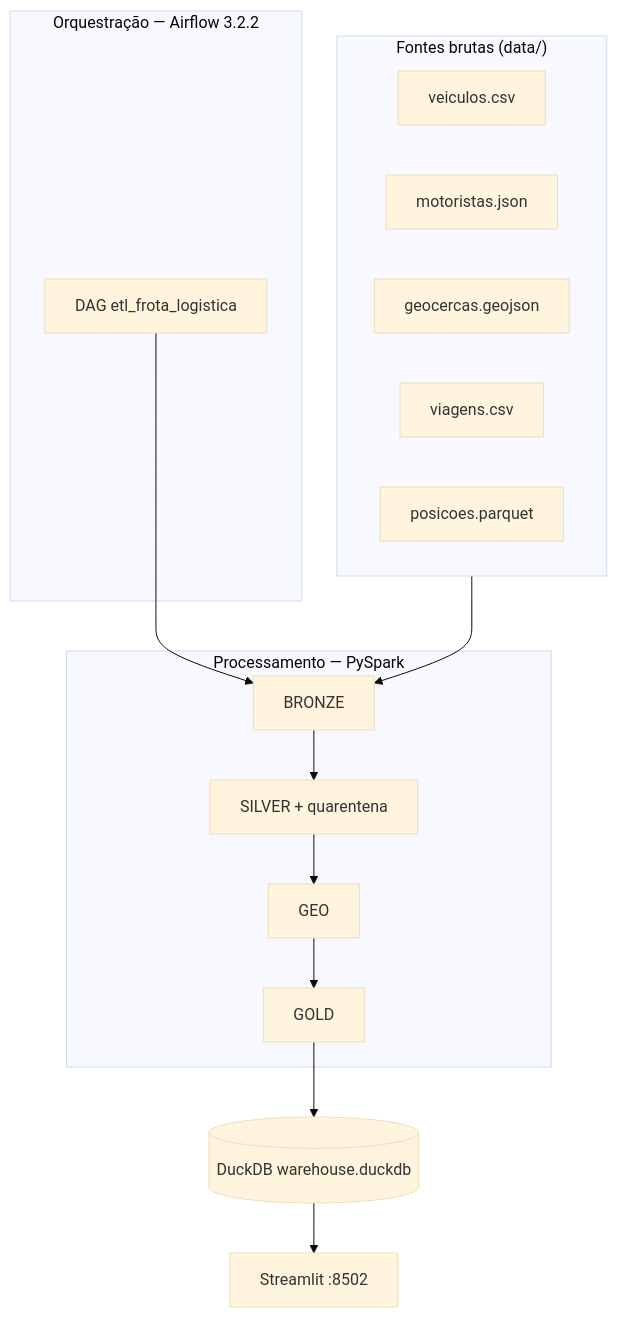
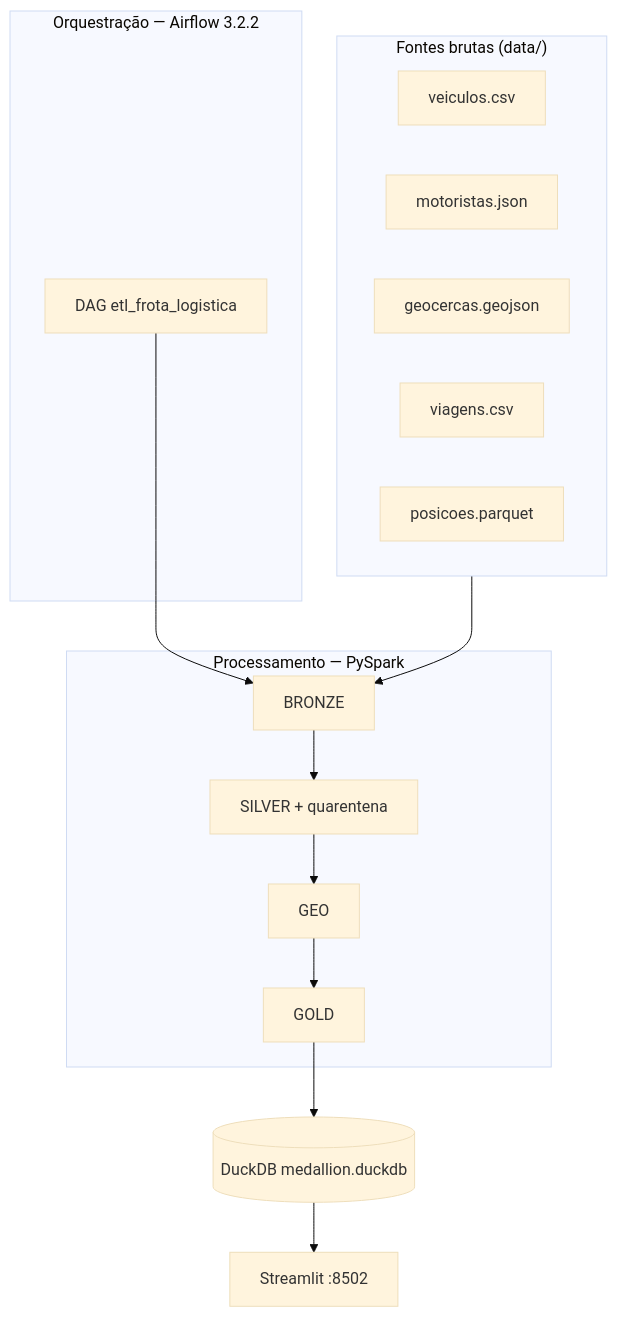
One commit to ruanhanani/teste-big-core changed the diagram in README.md. Above: the diagram before and after it, drawn with Mermaid (base theme). The commit also changed other lines of this file and 7 other files, not shown here.

First line of the commit message:
Unifica catalogo DuckDB em medallion.duckdb com schemas medallion.

````diff
--- a/README.md
+++ b/README.md
@@ -21,27 +21,27 @@
 ```mermaid
 flowchart TB
     subgraph fontes["Fontes brutas (data/)"]
         F1[veiculos.csv]
         F2[motoristas.json]
         F3[geocercas.geojson]
         F4[viagens.csv]
         F5[posicoes.parquet]
     end
 
     subgraph airflow["Orquestração — Airflow 3.2.2"]
         DAG[DAG etl_frota_logistica]
     end
 
     subgraph spark["Processamento — PySpark"]
         B[BRONZE]
         S[SILVER + quarentena]
         G[GEO]
         GL[GOLD]
     end
 
-    LH[(DuckDB warehouse.duckdb)]
+    LH[(DuckDB medallion.duckdb)]
     DASH[Streamlit :8502]
 
     fontes --> B
     DAG --> B --> S --> G --> GL --> LH --> DASH
 ```
````
